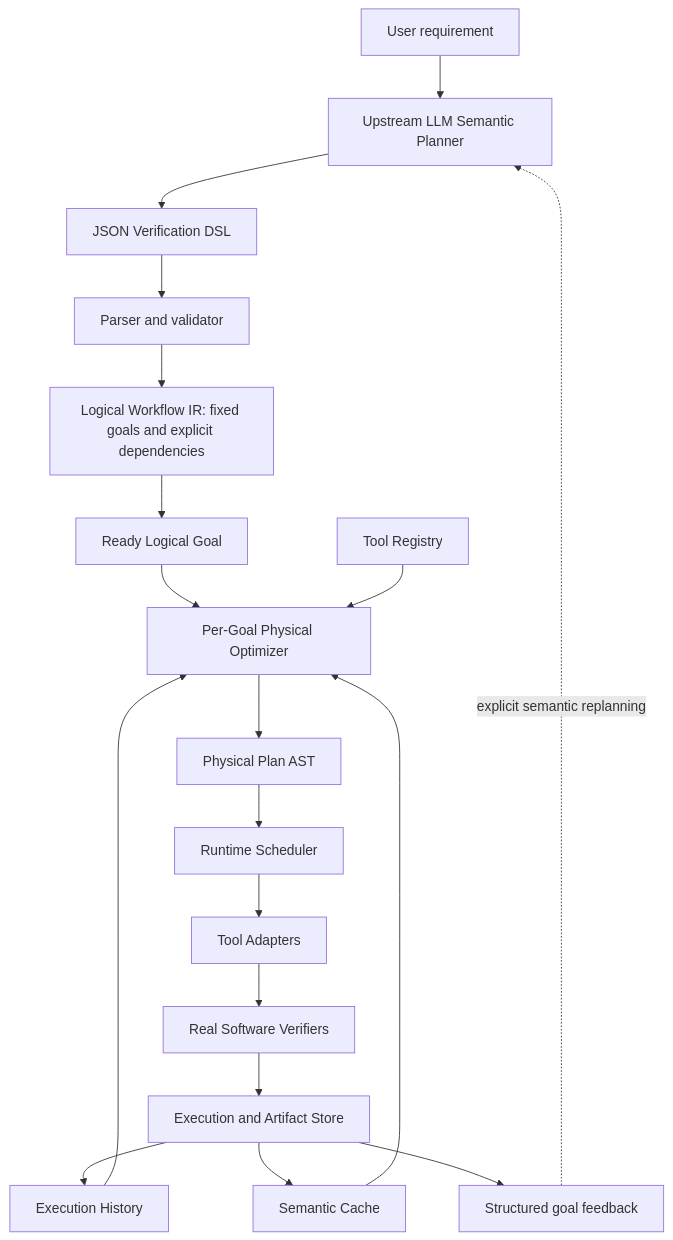
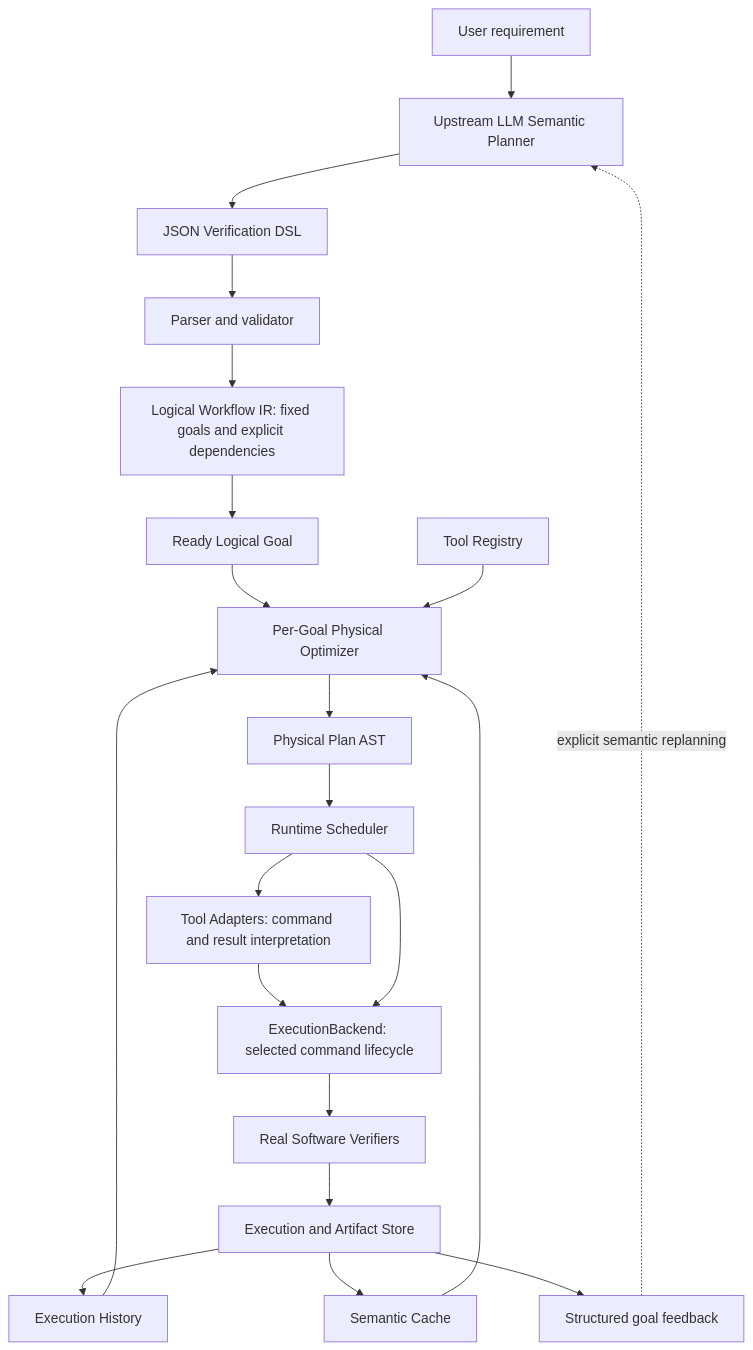
One commit to ponder-j/VeriRuntime-demo changed the first of 2 diagrams in docs/architecture.md. Above: the diagram before and after it, drawn with Mermaid. The commit also changed other lines of this file and 26 other files, not shown here.

First line of the commit message:
refactor(m11): separate execution lifecycle behind a local backend

````diff
--- a/docs/architecture.md
+++ b/docs/architecture.md
@@ -33,21 +33,23 @@
 ```mermaid
 flowchart TD
     User[User requirement] --> Semantic[Upstream LLM Semantic Planner]
     Semantic --> DSL
     DSL[JSON Verification DSL] --> Parser[Parser and validator]
     Parser --> Workflow[Logical Workflow IR: fixed goals and explicit dependencies]
     Workflow --> Logical[Ready Logical Goal]
     Logical --> Optimizer[Per-Goal Physical Optimizer]
     Registry[Tool Registry] --> Optimizer
     History[Execution History] --> Optimizer
     Cache[Semantic Cache] --> Optimizer
     Optimizer --> Physical[Physical Plan AST]
     Physical --> Runtime[Runtime Scheduler]
-    Runtime --> Adapters[Tool Adapters]
-    Adapters --> Verifiers[Real Software Verifiers]
+    Runtime --> Adapters[Tool Adapters: command and result interpretation]
+    Adapters --> Backend[ExecutionBackend: selected command lifecycle]
+    Runtime --> Backend
+    Backend --> Verifiers[Real Software Verifiers]
     Verifiers --> Store[Execution and Artifact Store]
     Store --> History
     Store --> Cache
     Store --> Feedback[Structured goal feedback]
     Feedback -. explicit semantic replanning .-> Semantic
 ```
````
